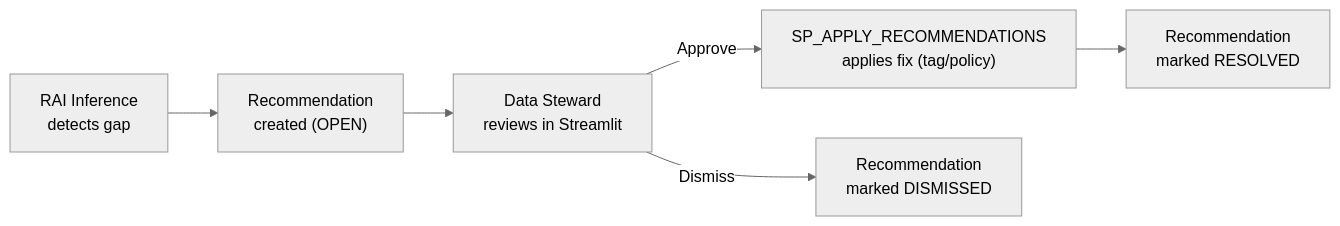
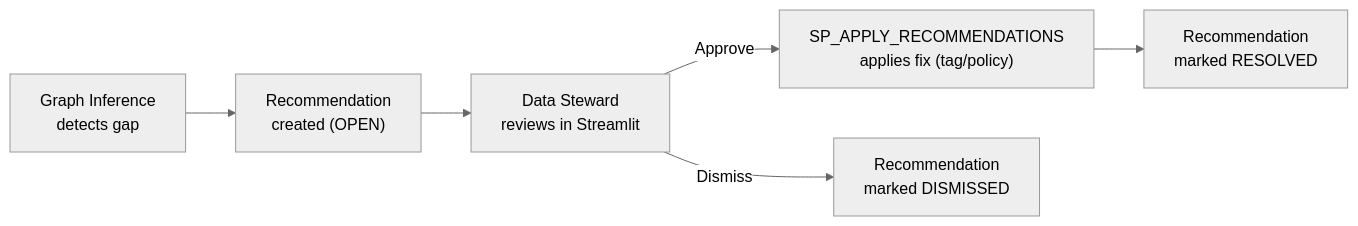
Before and after one commit to sfc-gh-smitchener-1/snowflake-dca-fullstack-demo: the diagram in docs/GOVERNANCE.md, drawn with Mermaid (neutral theme). The commit also changed other lines of this file and 44 other files, not shown here.

````diff
--- a/docs/GOVERNANCE.md
+++ b/docs/GOVERNANCE.md
@@ -253,8 +253,8 @@
 ```mermaid
 flowchart LR
-    DETECT["RAI Inference\ndetects gap"] --> REC["Recommendation\ncreated (OPEN)"]
+    DETECT["Graph Inference\ndetects gap"] --> REC["Recommendation\ncreated (OPEN)"]
     REC --> REVIEW["Data Steward\nreviews in Streamlit"]
     REVIEW -->|Approve| APPLY["SP_APPLY_RECOMMENDATIONS\napplies fix (tag/policy)"]
     REVIEW -->|Dismiss| CLOSE["Recommendation\nmarked DISMISSED"]
     APPLY --> RESOLVED["Recommendation\nmarked RESOLVED"]
 ```
````
